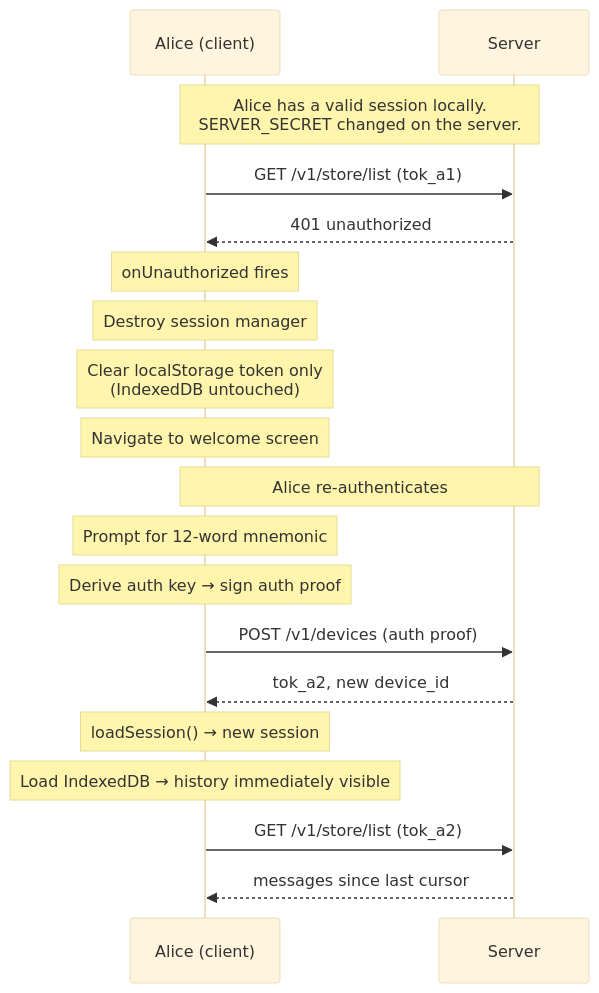
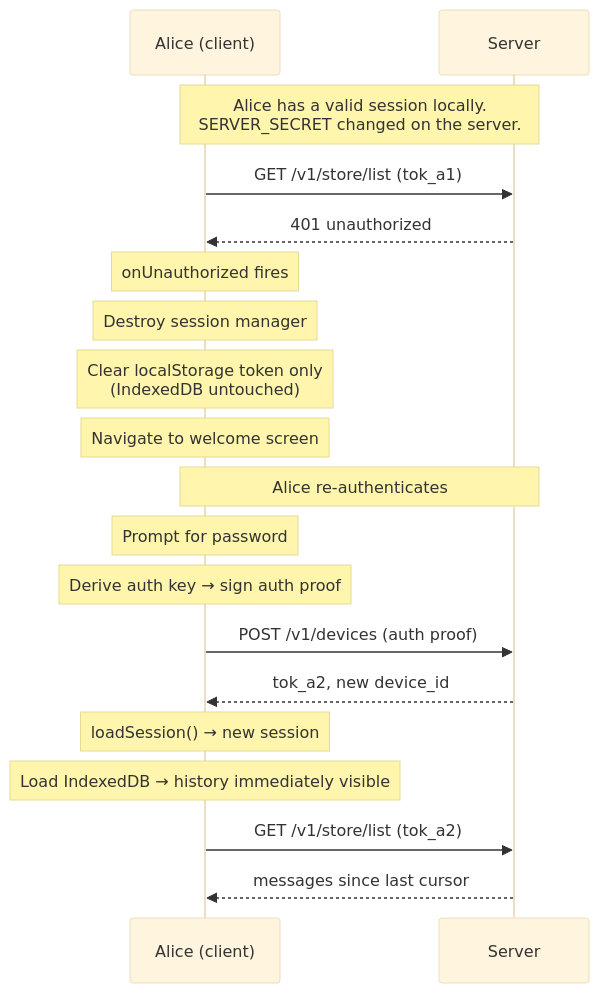
Before and after one commit to atmin/atmin.net: the first of 2 diagrams in docs/scenarios/invalid-token.md, drawn with Mermaid (base theme). The commit also changed other lines of this file and 40 other files, not shown here.

````diff
--- a/docs/scenarios/invalid-token.md
+++ b/docs/scenarios/invalid-token.md
@@ -8,26 +8,26 @@
 ```mermaid
 sequenceDiagram
     participant A as Alice (client)
     participant S as Server
 
     note over A,S: Alice has a valid session locally.<br/>SERVER_SECRET changed on the server.
 
     A->>S: GET /v1/store/list (tok_a1)
     S-->>A: 401 unauthorized
 
     note over A: onUnauthorized fires
     note over A: Destroy session manager
     note over A: Clear localStorage token only<br/>(IndexedDB untouched)
     note over A: Navigate to welcome screen
 
     note over A,S: Alice re-authenticates
-    note over A: Prompt for 12-word mnemonic
+    note over A: Prompt for password
     note over A: Derive auth key → sign auth proof
     A->>S: POST /v1/devices (auth proof)
     S-->>A: tok_a2, new device_id
 
     note over A: loadSession() → new session
     note over A: Load IndexedDB → history immediately visible
     A->>S: GET /v1/store/list (tok_a2)
     S-->>A: messages since last cursor
 ```
````
